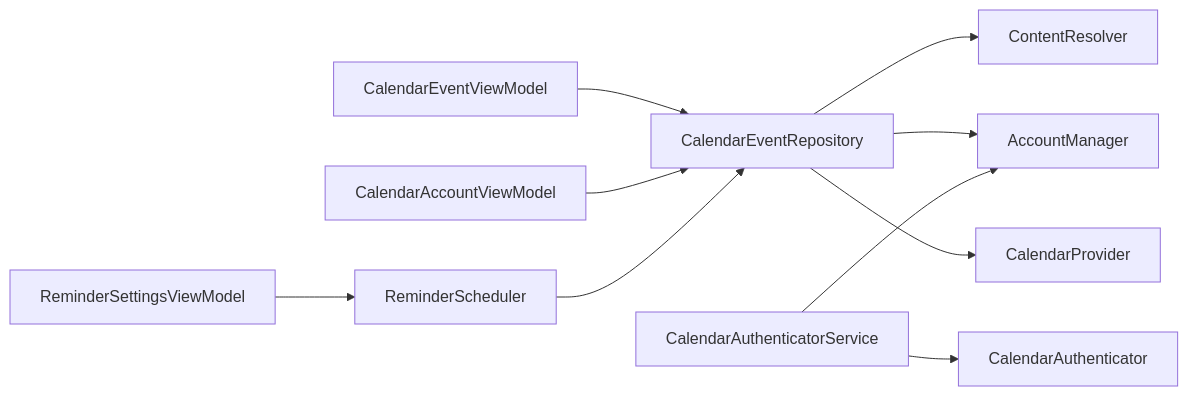
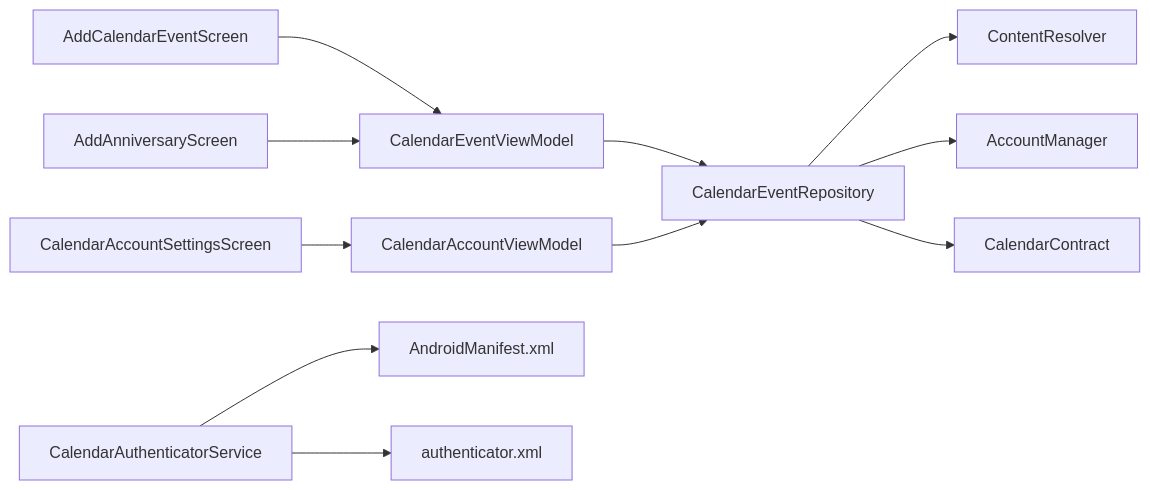
One commit to xiaobai860/paibanrili changed the seventh of 7 diagrams in .qoder/repowiki/zh/content/系统集成/系统日历集成.md. Above: the diagram before and after it, drawn with Mermaid. The commit also changed other lines of this file and 245 other files, not shown here.

````diff
--- a/.qoder/repowiki/zh/content/系统集成/系统日历集成.md
+++ b/.qoder/repowiki/zh/content/系统集成/系统日历集成.md
@@ -511,12 +313,13 @@
 ```mermaid
 graph LR
-UI_VM["CalendarEventViewModel"] --> Repo["CalendarEventRepository"]
-UI_AccVM["CalendarAccountViewModel"] --> Repo
-UI_RemVM["ReminderSettingsViewModel"] --> RemSch["ReminderScheduler"]
-RemSch --> Repo
-Repo --> CR["ContentResolver"]
+AddEvt["AddCalendarEventScreen"] --> VM["CalendarEventViewModel"]
+AddAnniv["AddAnniversaryScreen"] --> VM
+AccSet["CalendarAccountSettingsScreen"] --> AccVM["CalendarAccountViewModel"]
+VM --> Repo["CalendarEventRepository"]
+AccVM --> Repo
+Repo --> CM["ContentResolver"]
 Repo --> AM["AccountManager"]
-Repo --> CP["CalendarProvider"]
-Svc["CalendarAuthenticatorService"] --> Auth["CalendarAuthenticator"]
-Svc --> AM
+Repo --> CC["CalendarContract"]
+AccSvc["CalendarAuthenticatorService"] --> Mani["AndroidManifest.xml"]
+AccSvc --> AuthXml["authenticator.xml"]
 ```
````
